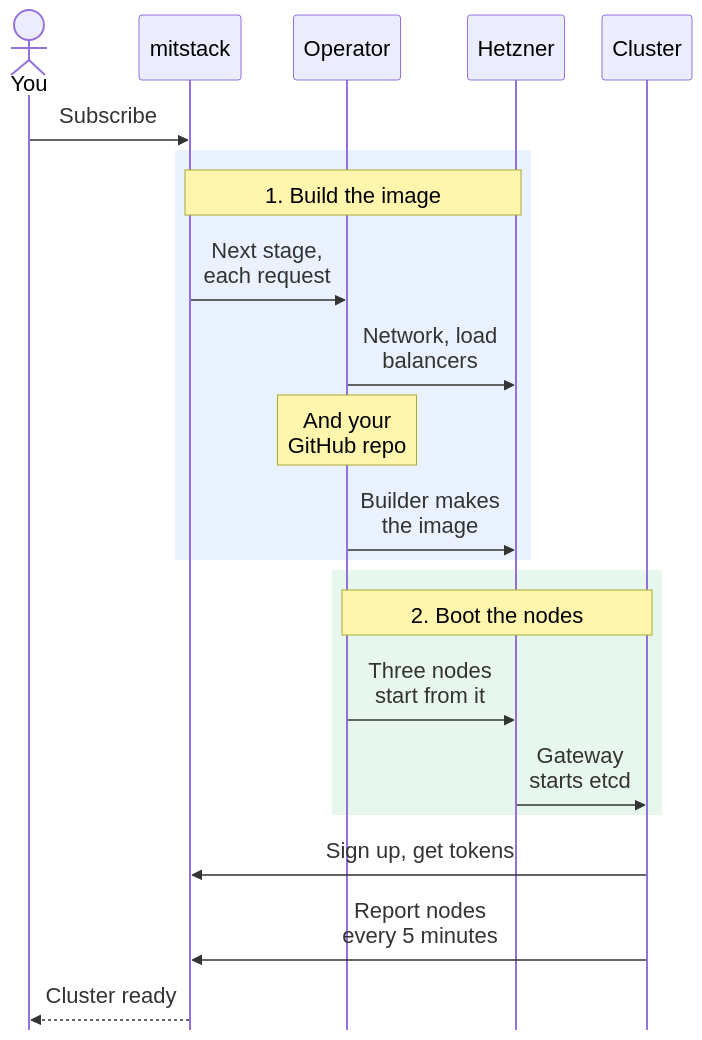
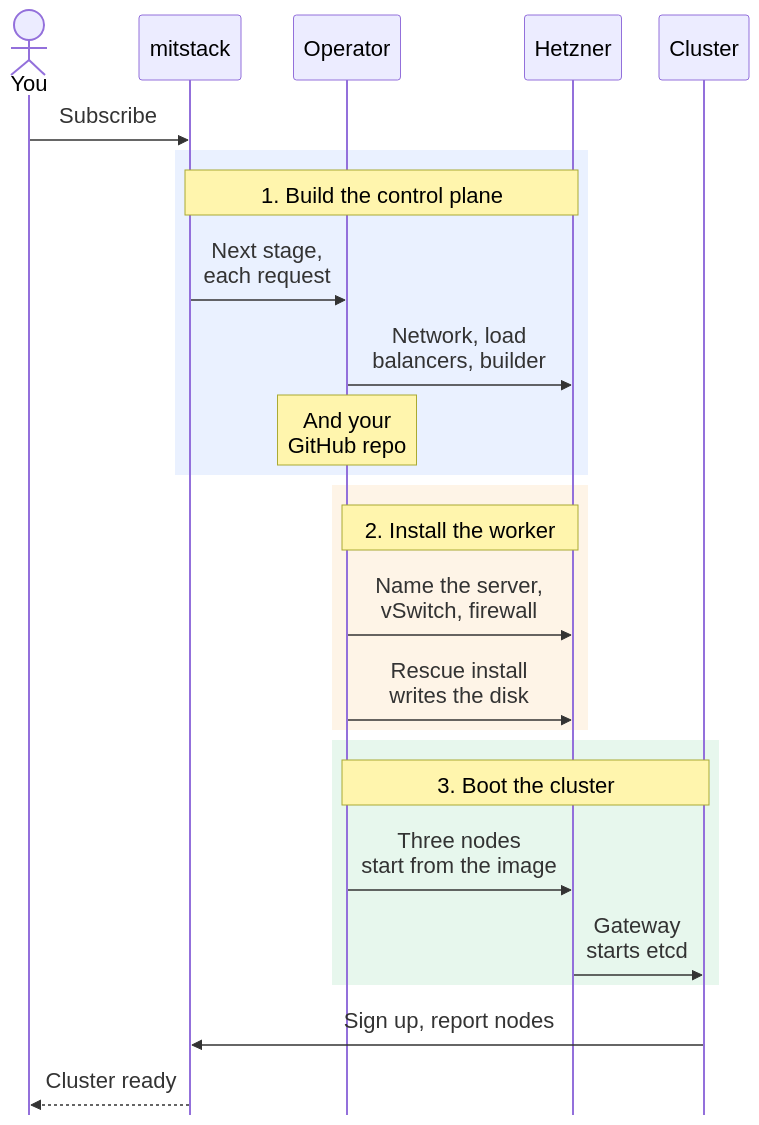
The second of 2 diagrams in README.md (mitstack-eu/hcloud-hrobot-talos-cluster), drawn with Mermaid before and after one commit. The commit also changed other lines of this file and 42 other files, not shown here.

First line of the commit message:
MIT-5348: hcloud-hrobot-talos-cluster 0.2.0 builds its control plane from talos-cluster-kit and installs an adopted Robot server as its worker (#3)

````diff
--- a/README.md
+++ b/README.md
@@ -73,25 +95,28 @@
 ```mermaid
 sequenceDiagram
     %%{init: {"fontSize": 22, "sequence": {"actorMargin": 10, "width": 90, "mirrorActors": false}}}%%
     actor You
     participant M as mitstack
     participant O as Operator
     participant H as Hetzner
     participant C as Cluster
     You->>M: Subscribe
     rect rgba(80, 140, 255, 0.12)
-        Note over M,H: 1. Build the image
+        Note over M,H: 1. Build the control plane
         M->>O: Next stage,<br/>each request
-        O->>H: Network, load<br/>balancers
+        O->>H: Network, load<br/>balancers, builder
         Note over O: And your<br/>GitHub repo
-        O->>H: Builder makes<br/>the image
+    end
+    rect rgba(240, 160, 60, 0.12)
+        Note over O,H: 2. Install the worker
+        O->>H: Name the server,<br/>vSwitch, firewall
+        O->>H: Rescue install<br/>writes the disk
     end
     rect rgba(60, 190, 110, 0.12)
-        Note over O,C: 2. Boot the nodes
-        O->>H: Three nodes<br/>start from it
+        Note over O,C: 3. Boot the cluster
+        O->>H: Three nodes<br/>start from the image
         H->>C: Gateway<br/>starts etcd
     end
-    C->>M: Sign up, get tokens
-    C->>M: Report nodes<br/>every 5 minutes
+    C->>M: Sign up, report nodes
     M-->>You: Cluster ready
 ```
````
